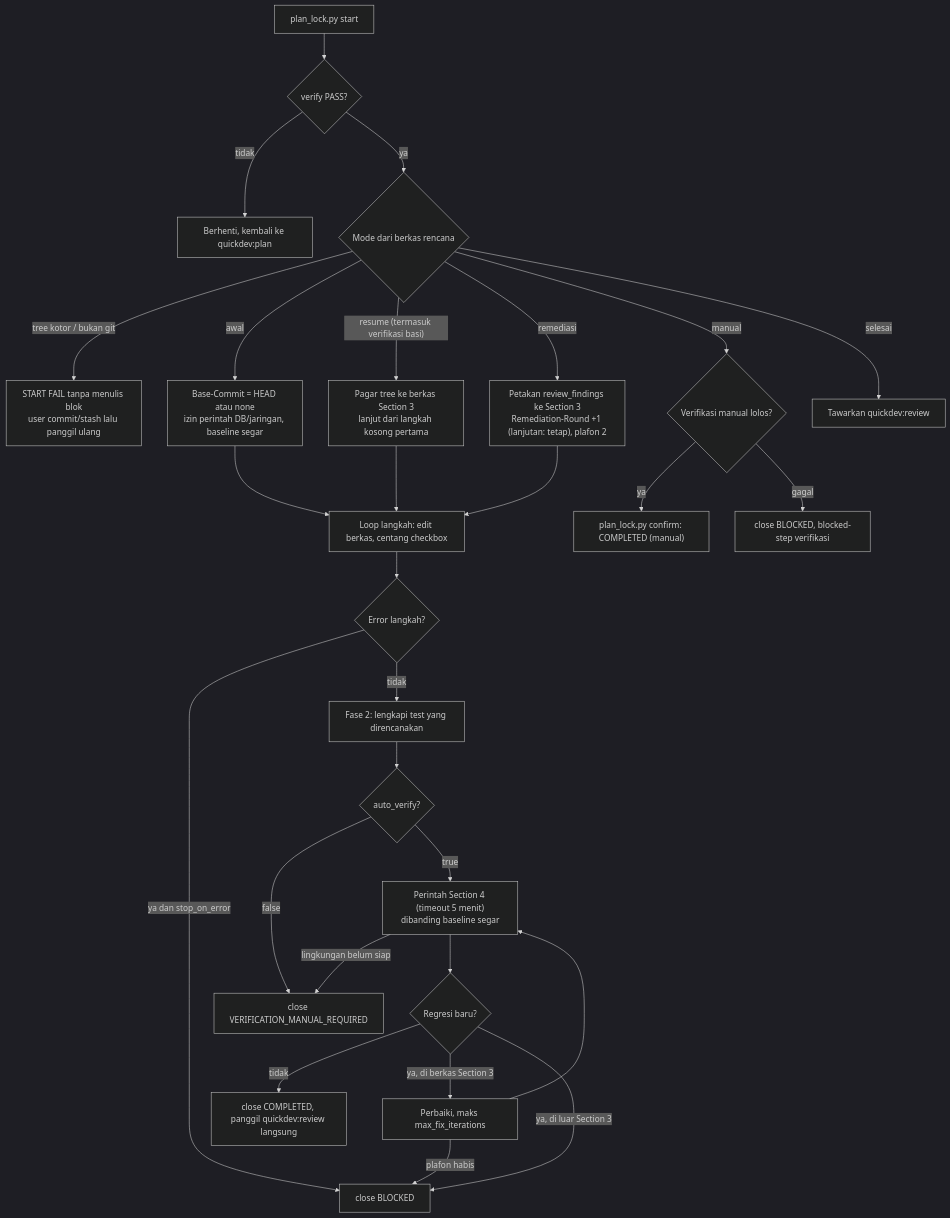
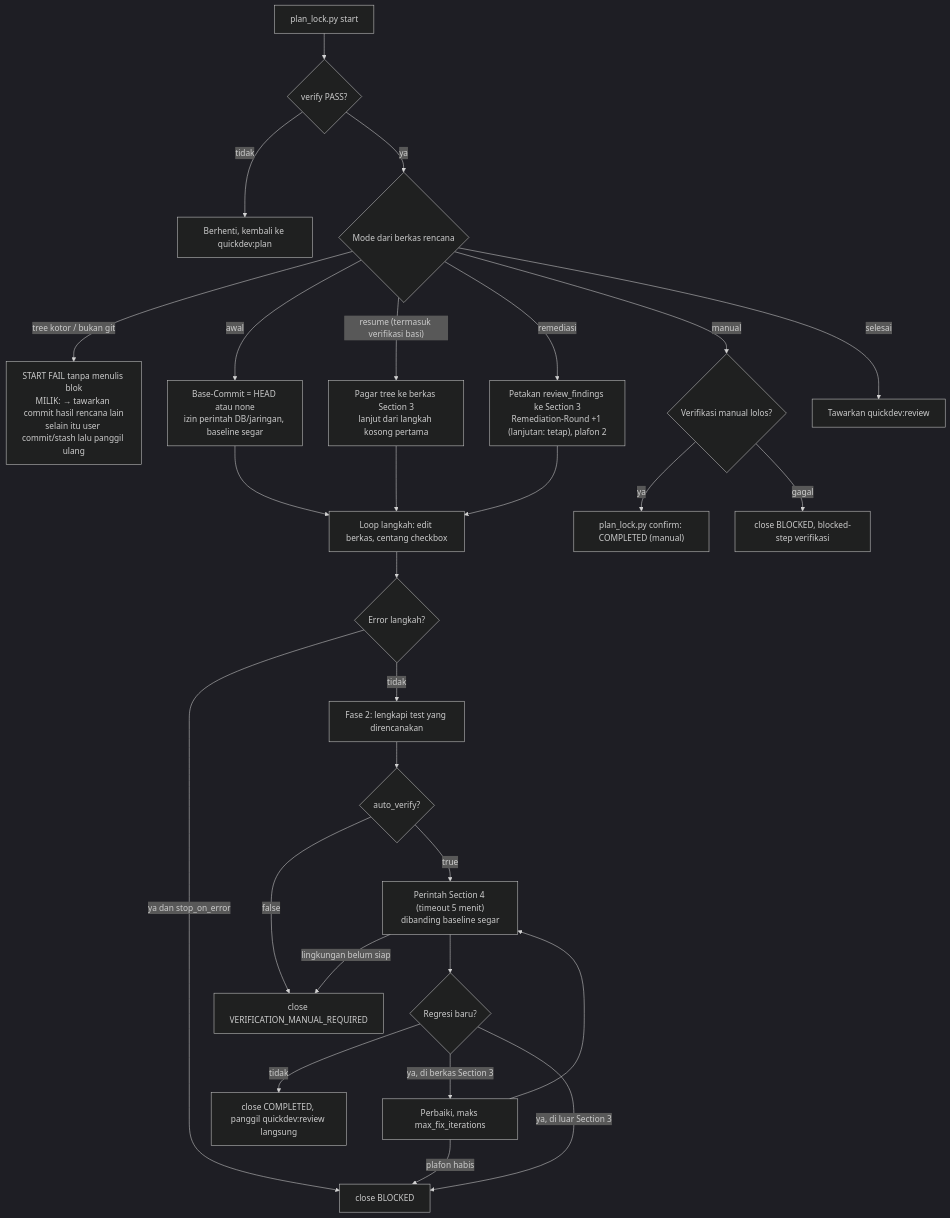
One commit to nataflow/agentic-workflow changed the third of 6 diagrams in flow/quickdev.md. Above: the diagram before and after it, drawn with Mermaid (dark theme). The commit also changed other lines of this file and 13 other files, not shown here.

````diff
--- a/flow/quickdev.md
+++ b/flow/quickdev.md
@@ -153,30 +154,30 @@
 ```mermaid
 flowchart TD
     S["plan_lock.py start"] --> V{"verify PASS?"}
     V -->|tidak| F1["Berhenti, kembali ke quickdev:plan"]
     V -->|ya| M{"Mode dari berkas rencana"}
-    M -->|"tree kotor / bukan git"| SF["START FAIL tanpa menulis blok<br/>user commit/stash lalu panggil ulang"]
+    M -->|"tree kotor / bukan git"| SF["START FAIL tanpa menulis blok<br/>MILIK: → tawarkan commit hasil rencana lain<br/>selain itu user commit/stash lalu panggil ulang"]
     M -->|awal| A["Base-Commit = HEAD atau none<br/>izin perintah DB/jaringan, baseline segar"]
     M -->|"resume (termasuk verifikasi basi)"| R["Pagar tree ke berkas Section 3<br/>lanjut dari langkah kosong pertama"]
     M -->|remediasi| RM["Petakan review_findings ke Section 3<br/>Remediation-Round +1 (lanjutan: tetap), plafon 2"]
     M -->|manual| MN{"Verifikasi manual lolos?"}
     M -->|selesai| SL["Tawarkan quickdev:review"]
     MN -->|ya| CF["plan_lock.py confirm: COMPLETED (manual)"]
     MN -->|gagal| CB["close BLOCKED, blocked-step verifikasi"]
     A --> L["Loop langkah: edit berkas, centang checkbox"]
     R --> L
     RM --> L
     L --> LE{"Error langkah?"}
     LE -->|"ya dan stop_on_error"| BL["close BLOCKED"]
     LE -->|tidak| T["Fase 2: lengkapi test yang direncanakan"]
     T --> VF{"auto_verify?"}
     VF -->|false| VM["close VERIFICATION_MANUAL_REQUIRED"]
     VF -->|true| RUN["Perintah Section 4 (timeout 5 menit)<br/>dibanding baseline segar"]
     RUN -->|"lingkungan belum siap"| VM
     RUN --> RG{"Regresi baru?"}
     RG -->|tidak| OK["close COMPLETED, panggil quickdev:review langsung"]
     RG -->|"ya, di berkas Section 3"| FX["Perbaiki, maks max_fix_iterations"]
     FX --> RUN
     FX -->|"plafon habis"| BL
     RG -->|"ya, di luar Section 3"| BL
 ```
````
